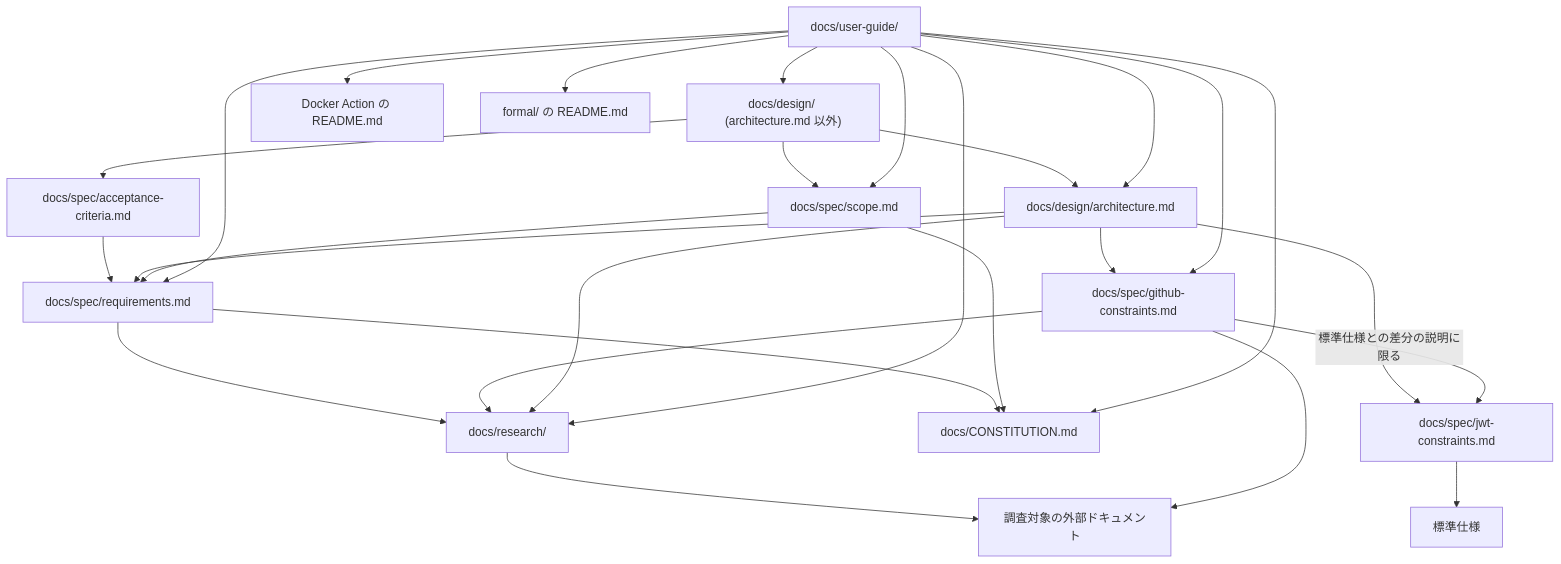
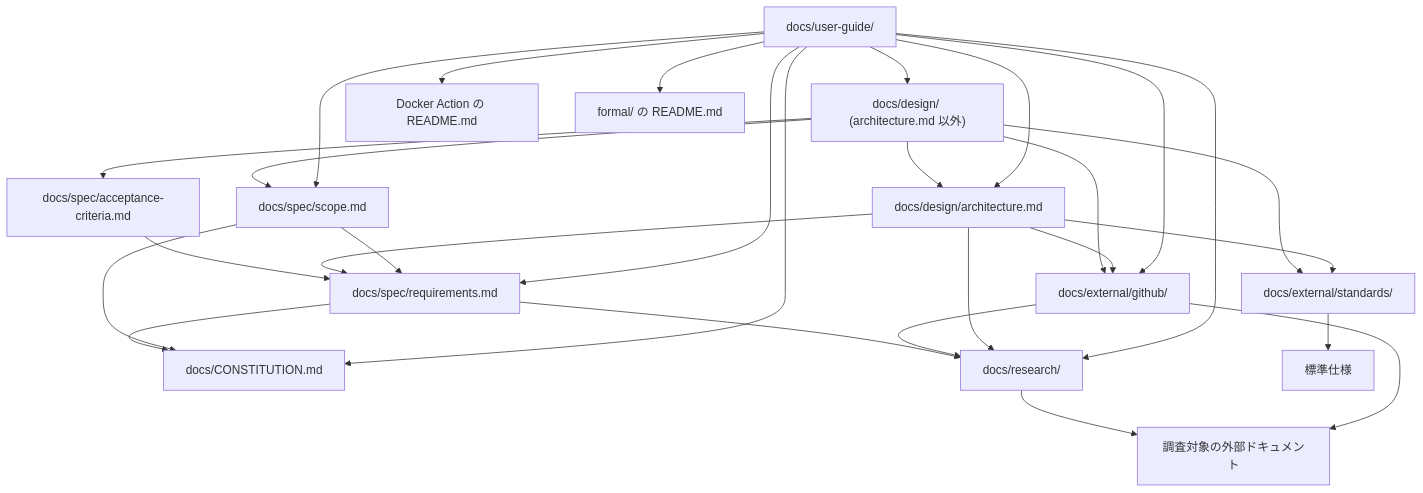
One commit to tmknom/gates changed the first of 3 diagrams in docs/contributing/docs-policy.md. Above: the diagram before and after it, drawn with Mermaid. The commit also changed other lines of this file and 32 other files, not shown here.

First line of the commit message:
docs(external): move external specifications out of docs/spec

````diff
--- a/docs/contributing/docs-policy.md
+++ b/docs/contributing/docs-policy.md
@@ -25,29 +25,30 @@
 ```mermaid
 flowchart TD
     design["docs/design/ (architecture.md 以外)"] --> architecture["docs/design/architecture.md"]
     design --> scope["docs/spec/scope.md"]
     design --> acceptance["docs/spec/acceptance-criteria.md"]
     acceptance --> requirements
     architecture --> requirements["docs/spec/requirements.md"]
-    architecture --> github["docs/spec/github-constraints.md"]
-    architecture --> jwt["docs/spec/jwt-constraints.md"]
+    design --> github["docs/external/github/"]
+    design --> standards["docs/external/standards/"]
+    architecture --> github
+    architecture --> standards
     scope --> requirements
     requirements --> constitution["docs/CONSTITUTION.md"]
     scope --> constitution
     requirements --> research["docs/research/"]
     github --> research
-    github -->|標準仕様との差分の説明に限る| jwt
     architecture --> research
-    jwt --> standards["標準仕様"]
+    standards --> standardDocs["標準仕様"]
     research --> external["調査対象の外部ドキュメント"]
     github --> external
     guide["docs/user-guide/"] --> design
     guide --> architecture
     guide --> requirements
     guide --> scope
     guide --> github
     guide --> constitution
     guide --> research
     guide --> action["Docker Action の README.md"]
     guide --> formal["formal/ の README.md"]
 ```
````
